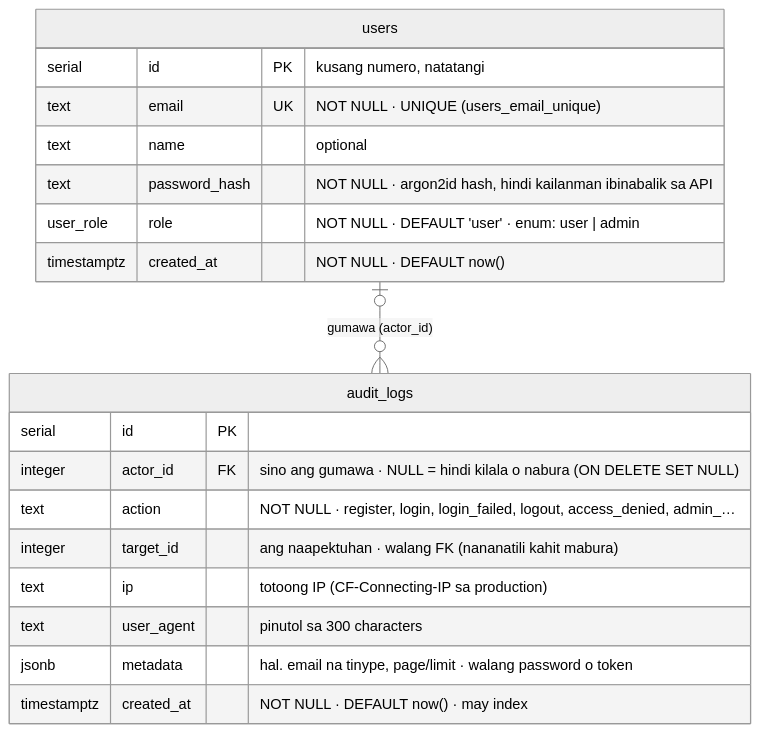
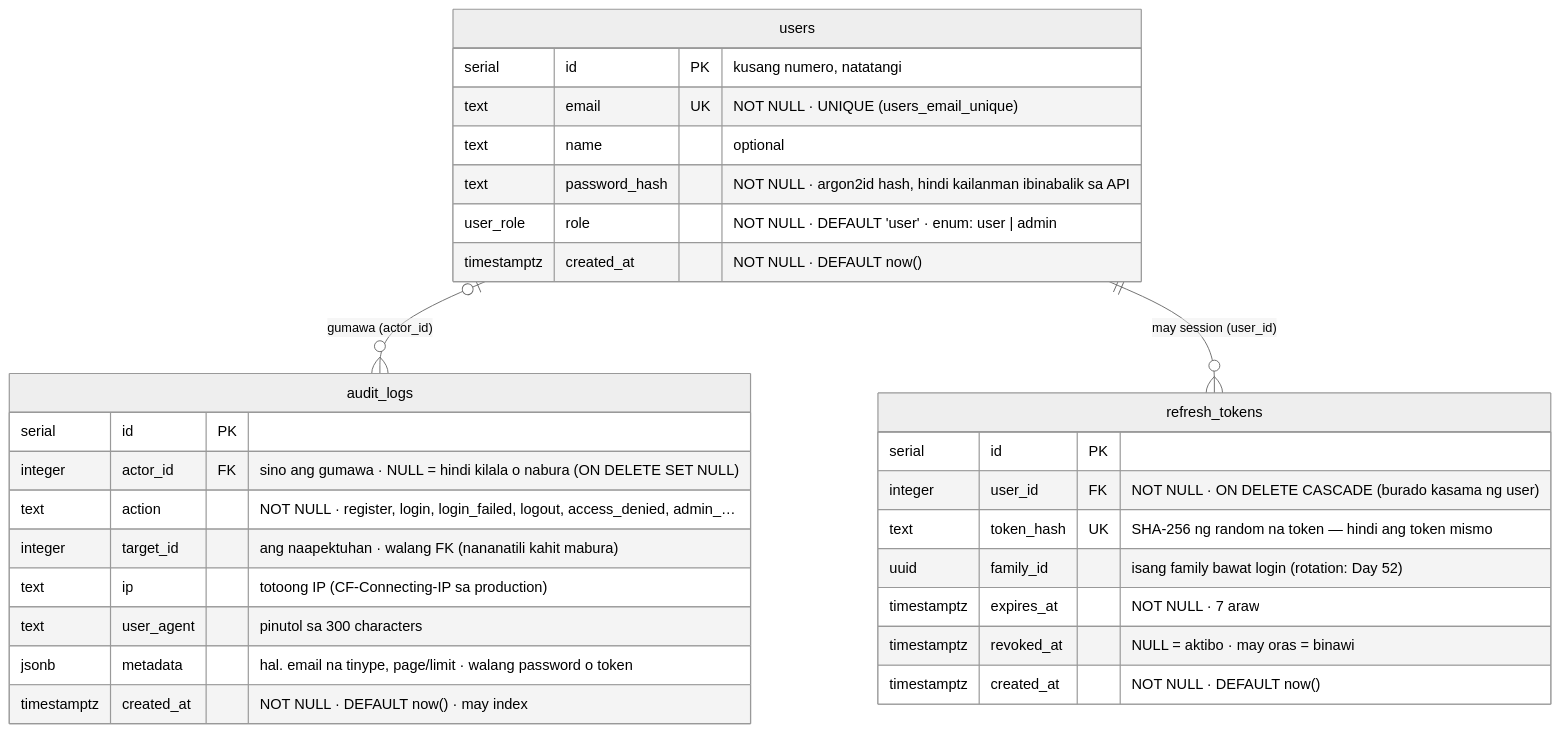
One commit to nelson1869-ai/auth-learning changed the first of 2 diagrams in docs/diagrams/02-er-diagram.md. Above: the diagram before and after it, drawn with Mermaid (neutral theme). The commit also changed other lines of this file and 22 other files, not shown here.

````diff
--- a/docs/diagrams/02-er-diagram.md
+++ b/docs/diagrams/02-er-diagram.md
@@ -13,22 +13,32 @@
 ```mermaid
 erDiagram
     users {
         serial id PK "kusang numero, natatangi"
         text email UK "NOT NULL · UNIQUE (users_email_unique)"
         text name "optional"
         text password_hash "NOT NULL · argon2id hash, hindi kailanman ibinabalik sa API"
         user_role role "NOT NULL · DEFAULT 'user' · enum: user | admin"
         timestamptz created_at "NOT NULL · DEFAULT now()"
     }
     audit_logs {
         serial id PK
         integer actor_id FK "sino ang gumawa · NULL = hindi kilala o nabura (ON DELETE SET NULL)"
         text action "NOT NULL · register, login, login_failed, logout, access_denied, admin_…"
         integer target_id "ang naapektuhan · walang FK (nananatili kahit mabura)"
         text ip "totoong IP (CF-Connecting-IP sa production)"
         text user_agent "pinutol sa 300 characters"
         jsonb metadata "hal. email na tinype, page/limit · walang password o token"
         timestamptz created_at "NOT NULL · DEFAULT now() · may index"
     }
+    refresh_tokens {
+        serial id PK
+        integer user_id FK "NOT NULL · ON DELETE CASCADE (burado kasama ng user)"
+        text token_hash UK "SHA-256 ng random na token — hindi ang token mismo"
+        uuid family_id "isang family bawat login (rotation: Day 52)"
+        timestamptz expires_at "NOT NULL · 7 araw"
+        timestamptz revoked_at "NULL = aktibo · may oras = binawi"
+        timestamptz created_at "NOT NULL · DEFAULT now()"
+    }
     users |o--o{ audit_logs : "gumawa (actor_id)"
+    users ||--o{ refresh_tokens : "may session (user_id)"
 ```
````
